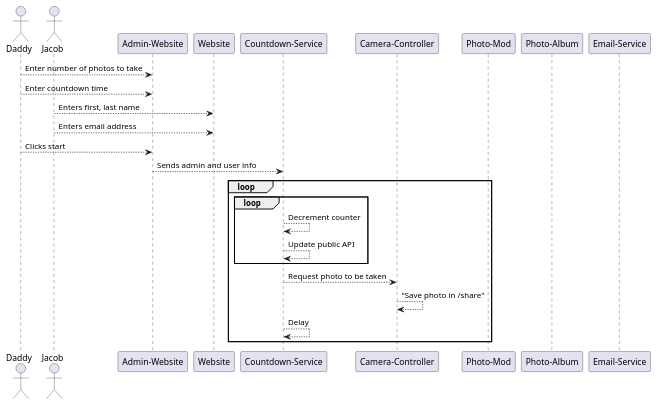
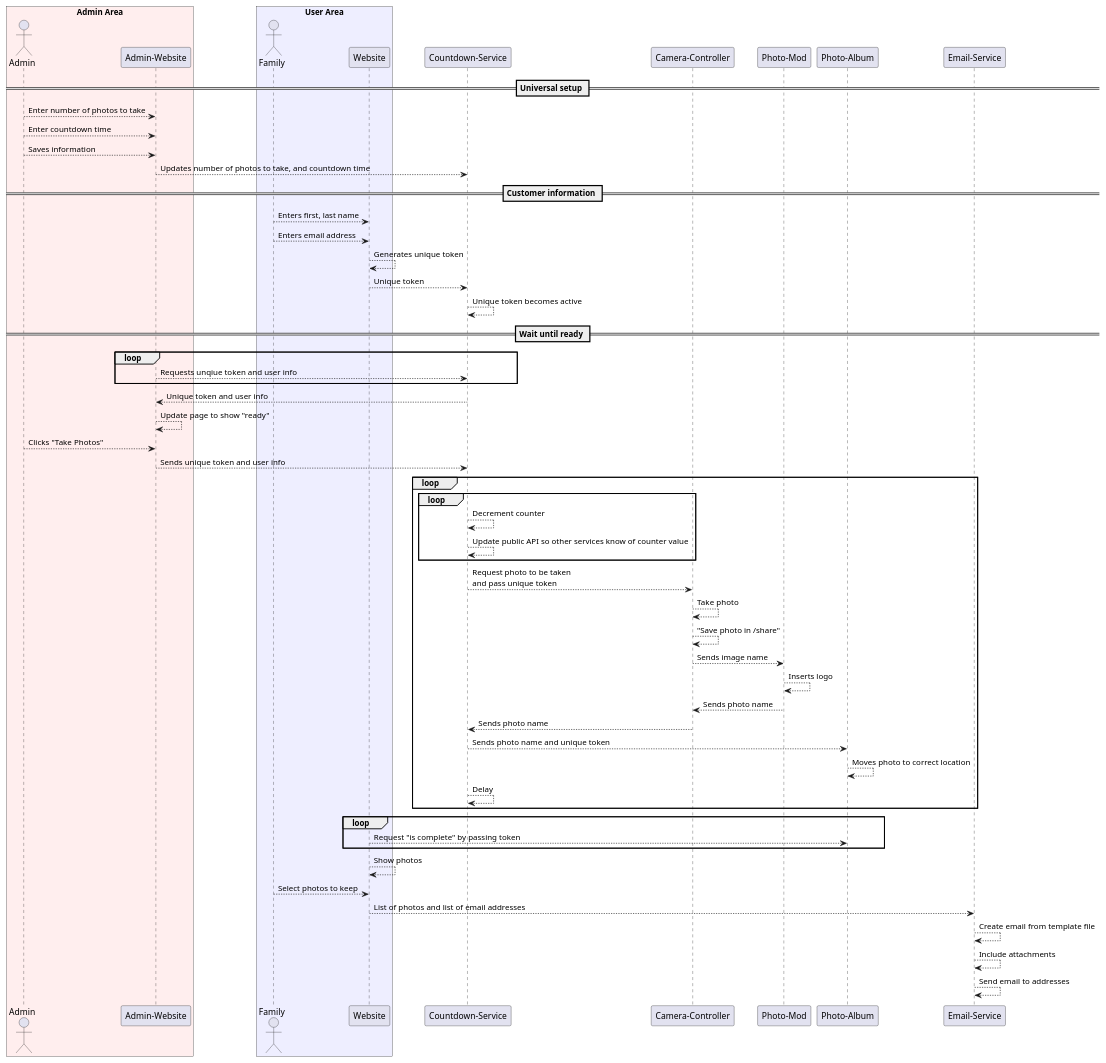
The diagram in flow.wsd (mal10c/photo-studio), drawn with PlantUML before and after one commit. The commit also changed 1 other file, not shown here.

Commit message:
Finished updates to flow

```diff
--- a/flow.wsd
+++ b/flow.wsd
@@ -1,30 +1,67 @@
 @startuml Flow
 
-actor "Daddy" as admin
-actor "Jacob" as jacob
-participant "Admin-Website" as admin.website
-participant "Website" as website
+box "Admin Area" #ffeeee
+    actor "Admin" as admin
+    participant "Admin-Website" as admin.website
+end box
+box "User Area" #eeeeff
+    actor "Family" as jacob
+    participant "Website" as website
+end box
 participant "Countdown-Service" as countdown.service
 participant "Camera-Controller" as camera.controller
 participant "Photo-Mod" as photo.mod
 participant "Photo-Album" as photo.album
 participant "Email-Service" as email.service
 
+== Universal setup ==
 admin --> admin.website : Enter number of photos to take
 admin --> admin.website : Enter countdown time
+admin --> admin.website : Saves information
+admin.website --> countdown.service : Updates number of photos to take, and countdown time
+
+== Customer information ==
 jacob --> website : Enters first, last name
 jacob --> website : Enters email address
-admin --> admin.website : Clicks start
-admin.website --> countdown.service : Sends admin and user info
+website --> website : Generates unique token
+website --> countdown.service : Unique token
+countdown.service --> countdown.service : Unique token becomes active
+
+== Wait until ready ==
+loop
+    admin.website --> countdown.service : Requests unqiue token and user info
+end
+admin.website <-- countdown.service : Unique token and user info
+admin.website --> admin.website : Update page to show "ready"
+
+admin --> admin.website : Clicks "Take Photos"
+admin.website --> countdown.service : Sends unique token and user info
 loop
     loop
         countdown.service --> countdown.service : Decrement counter
-        countdown.service --> countdown.service : Update public API
+        countdown.service --> countdown.service : Update public API so other services know of counter value
     end
-    countdown.service --> camera.controller : Request photo to be taken
+    countdown.service --> camera.controller : Request photo to be taken\nand pass unique token
+    camera.controller --> camera.controller : Take photo
     camera.controller --> camera.controller : "Save photo in /share"
+    camera.controller --> photo.mod : Sends image name
+    photo.mod --> photo.mod : Inserts logo
+    camera.controller <-- photo.mod : Sends photo name
+    countdown.service <-- camera.controller : Sends photo name
+    countdown.service --> photo.album : Sends photo name and unique token
+    photo.album --> photo.album : Moves photo to correct location
     countdown.service --> countdown.service : Delay
 end
 
+loop
+    website --> photo.album : Request "is complete" by passing token
+end
+website --> website : Show photos
+jacob --> website : Select photos to keep
+
+website --> email.service : List of photos and list of email addresses
+email.service --> email.service : Create email from template file
+email.service --> email.service : Include attachments
+email.service --> email.service : Send email to addresses
 
 @enduml
```
